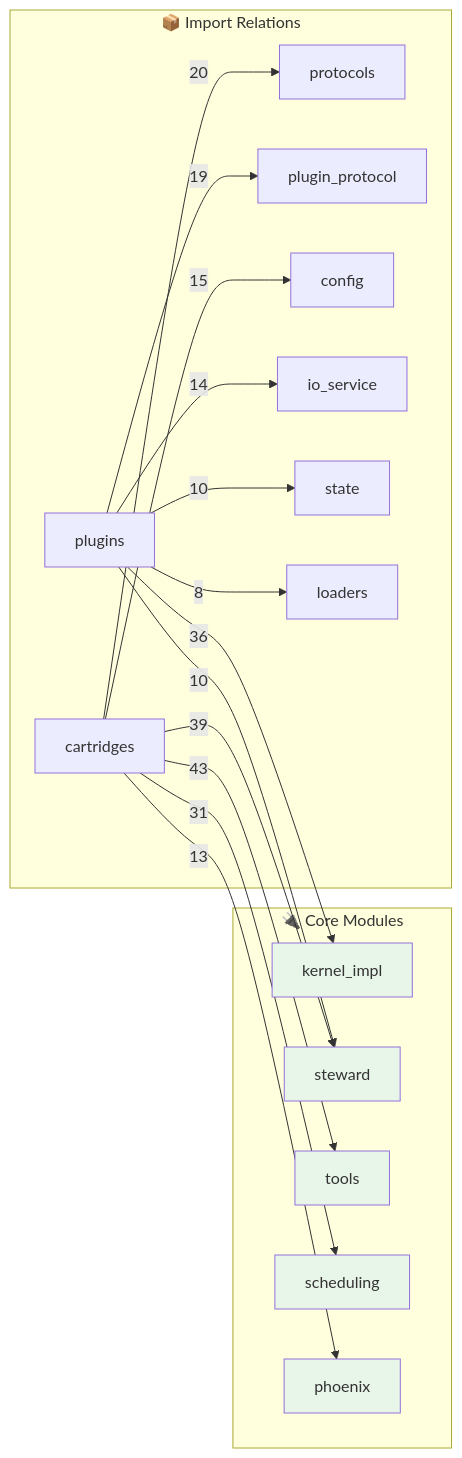
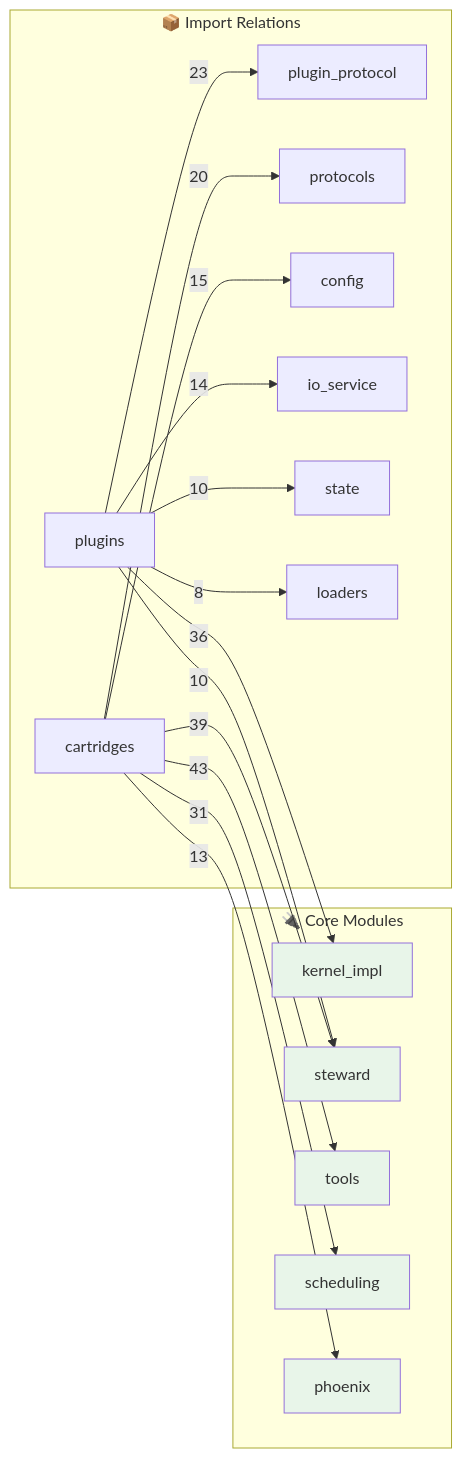
Before and after one commit to kimeisele/steward-protocol: the second of 2 diagrams in OPUS.md, drawn with Mermaid. The commit also changed other lines of this file, not shown here.

````diff
--- a/OPUS.md
+++ b/OPUS.md
@@ -499,31 +516,31 @@
 ```mermaid
 flowchart LR
     subgraph Core["🔌 Core Modules"]
         kernel_impl[kernel_impl]
         steward[steward]
         tools[tools]
         scheduling[scheduling]
         phoenix[phoenix]
     end
 
     subgraph Edges["📦 Import Relations"]
         cartridges -->|43| tools
         cartridges -->|39| steward
         plugins -->|36| kernel_impl
         cartridges -->|31| scheduling
+        plugins -->|23| plugin_protocol
         cartridges -->|20| protocols
-        plugins -->|19| plugin_protocol
         cartridges -->|15| config
         plugins -->|14| io_service
         cartridges -->|13| phoenix
+        plugins -->|10| state
         plugins -->|10| steward
-        plugins -->|10| state
         plugins -->|8| loaders
     end
 
     style kernel_impl fill:#e8f5e9
     style steward fill:#e8f5e9
     style tools fill:#e8f5e9
     style scheduling fill:#e8f5e9
     style phoenix fill:#e8f5e9
 ```
````
